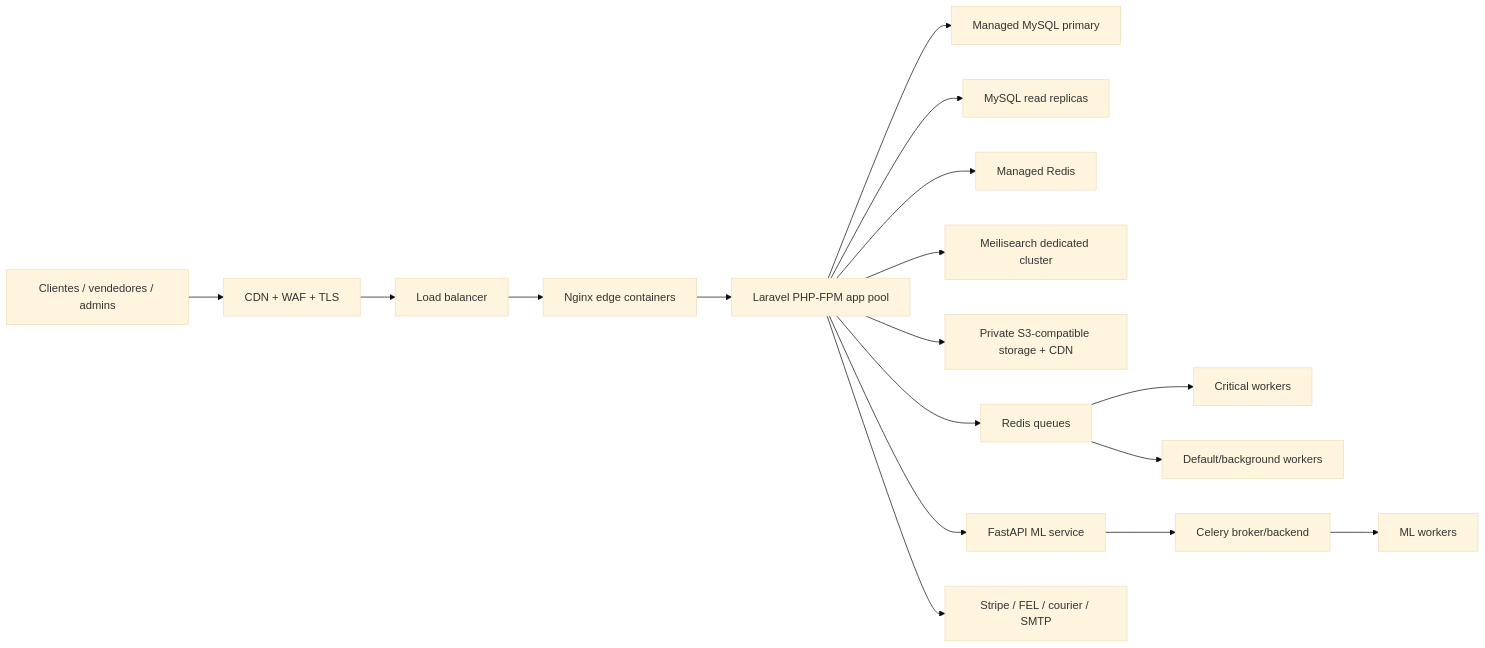
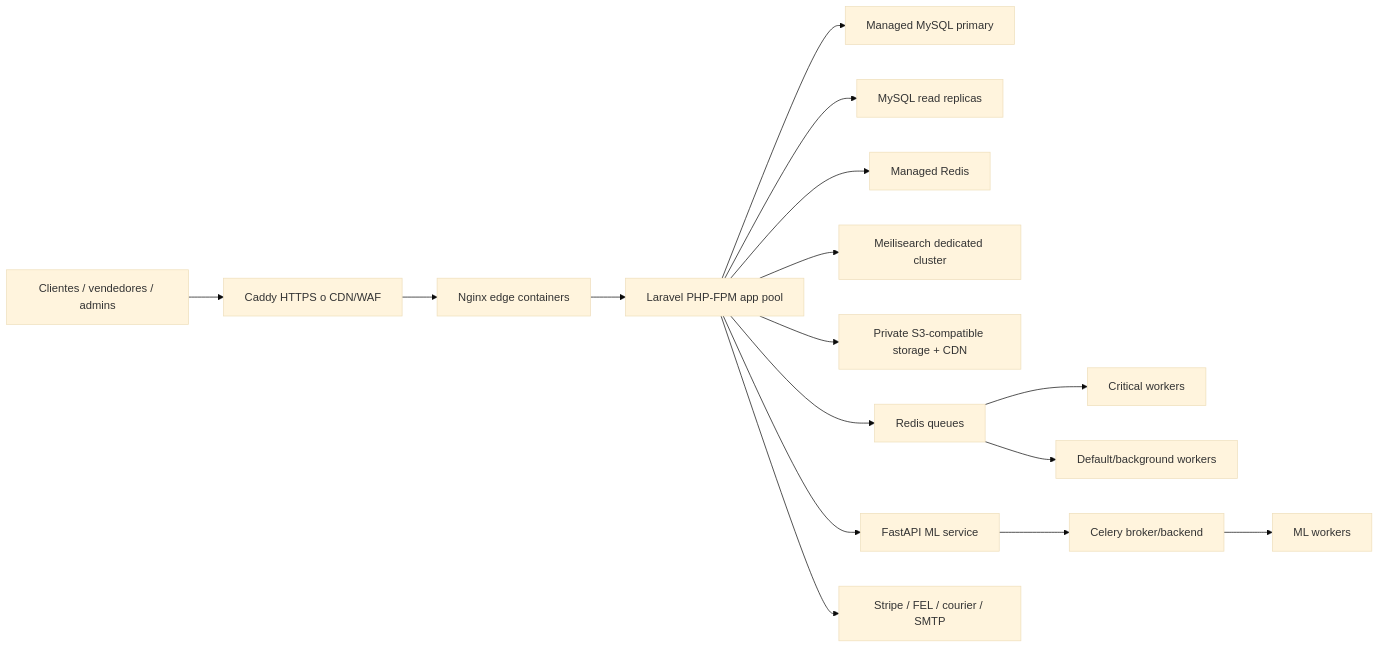
One commit to GABRI3L1009PCION/Atlantia_Supermarket changed the diagram in docs/production-infrastructure.md. Above: the diagram before and after it, drawn with Mermaid (base theme). The commit also changed other lines of this file and 23 other files, not shown here.

````diff
--- a/docs/production-infrastructure.md
+++ b/docs/production-infrastructure.md
@@ -7,19 +7,18 @@
 ```mermaid
 flowchart LR
-    U["Clientes / vendedores / admins"] --> CF["CDN + WAF + TLS"]
-    CF --> LB["Load balancer"]
-    LB --> WEB["Nginx edge containers"]
+    U["Clientes / vendedores / admins"] --> EDGE["Caddy HTTPS o CDN/WAF"]
+    EDGE --> WEB["Nginx edge containers"]
     WEB --> PHP["Laravel PHP-FPM app pool"]
     PHP --> DB["Managed MySQL primary"]
     PHP --> RR["MySQL read replicas"]
     PHP --> REDIS["Managed Redis"]
     PHP --> SEARCH["Meilisearch dedicated cluster"]
     PHP --> S3["Private S3-compatible storage + CDN"]
     PHP --> Q["Redis queues"]
     Q --> W1["Critical workers"]
     Q --> W2["Default/background workers"]
     PHP --> ML["FastAPI ML service"]
     ML --> MLQ["Celery broker/backend"]
     MLQ --> MLW["ML workers"]
     PHP --> EXT["Stripe / FEL / courier / SMTP"]
 ```
````
